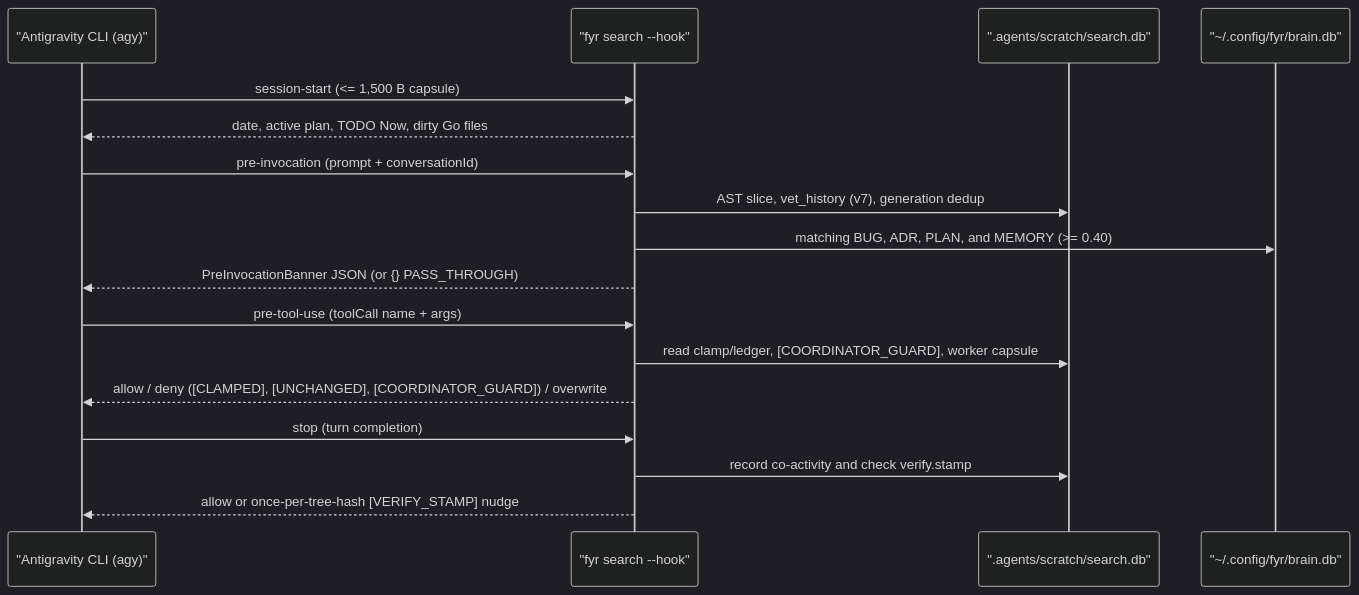
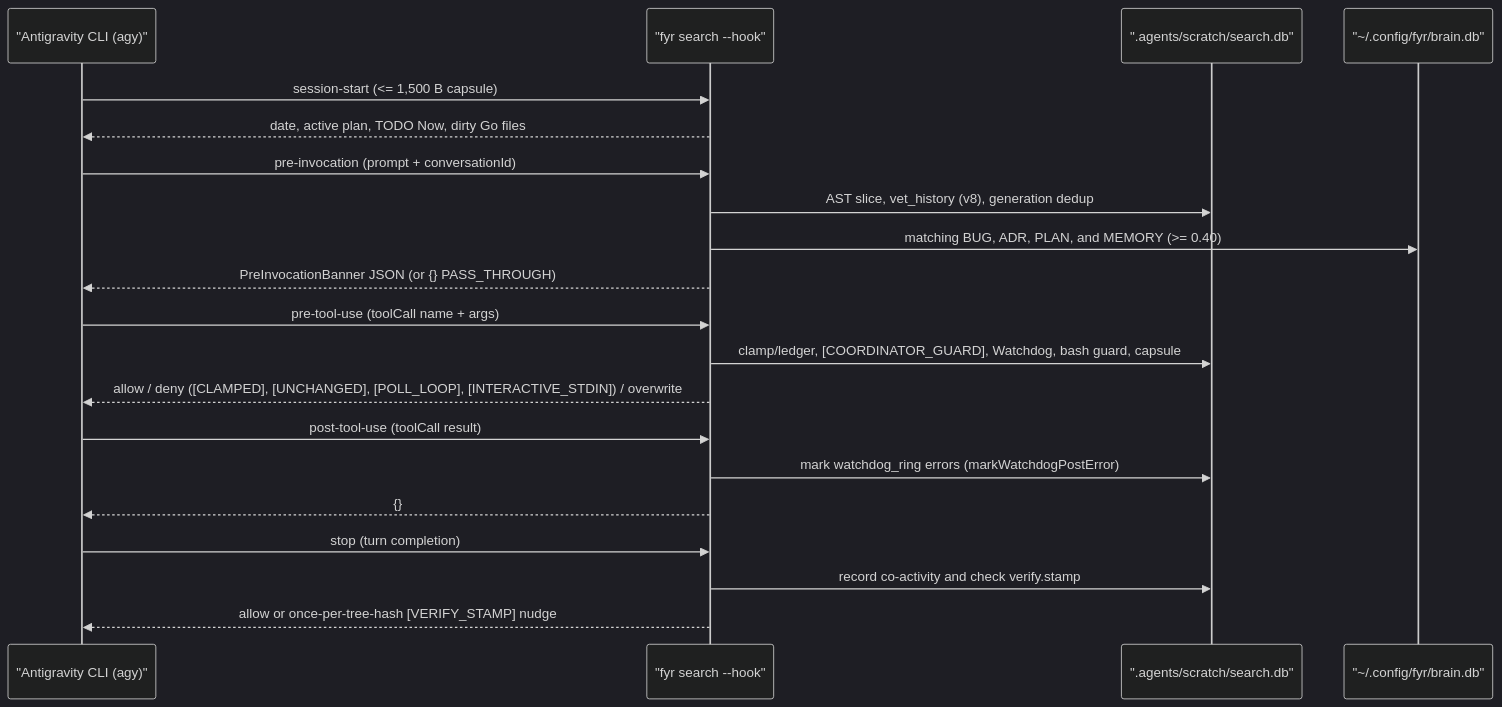
One commit to kesokaj/fyr changed the first of 6 diagrams in features/hooks-and-ast-graph.md. Above: the diagram before and after it, drawn with Mermaid (dark theme). The commit also changed other lines of this file and 6 other files, not shown here.

````diff
--- a/features/hooks-and-ast-graph.md
+++ b/features/hooks-and-ast-graph.md
@@ -9,19 +9,22 @@
 ```mermaid
 sequenceDiagram
     participant Agy as "Antigravity CLI (agy)"
     participant Hook as "fyr search --hook"
     participant DB as ".agents/scratch/search.db"
     participant Brain as "~/.config/fyr/brain.db"
     Agy->>Hook: session-start (<= 1,500 B capsule)
     Hook-->>Agy: date, active plan, TODO Now, dirty Go files
     Agy->>Hook: pre-invocation (prompt + conversationId)
-    Hook->>DB: AST slice, vet_history (v7), generation dedup
+    Hook->>DB: AST slice, vet_history (v8), generation dedup
     Hook->>Brain: matching BUG, ADR, PLAN, and MEMORY (>= 0.40)
     Hook-->>Agy: PreInvocationBanner JSON (or {} PASS_THROUGH)
     Agy->>Hook: pre-tool-use (toolCall name + args)
-    Hook->>DB: read clamp/ledger, [COORDINATOR_GUARD], worker capsule
-    Hook-->>Agy: allow / deny ([CLAMPED], [UNCHANGED], [COORDINATOR_GUARD]) / overwrite
+    Hook->>DB: clamp/ledger, [COORDINATOR_GUARD], Watchdog, bash guard, capsule
+    Hook-->>Agy: allow / deny ([CLAMPED], [UNCHANGED], [POLL_LOOP], [INTERACTIVE_STDIN]) / overwrite
+    Agy->>Hook: post-tool-use (toolCall result)
+    Hook->>DB: mark watchdog_ring errors (markWatchdogPostError)
+    Hook-->>Agy: {}
     Agy->>Hook: stop (turn completion)
     Hook->>DB: record co-activity and check verify.stamp
     Hook-->>Agy: allow or once-per-tree-hash [VERIFY_STAMP] nudge
 ```
````
